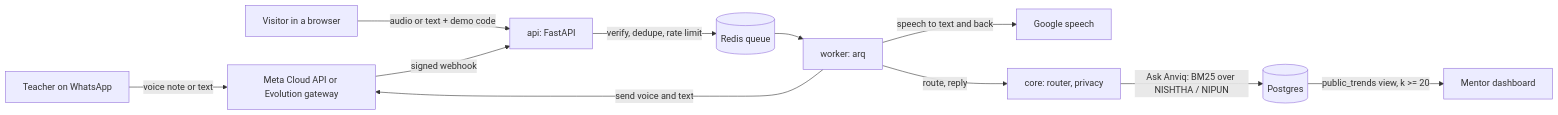
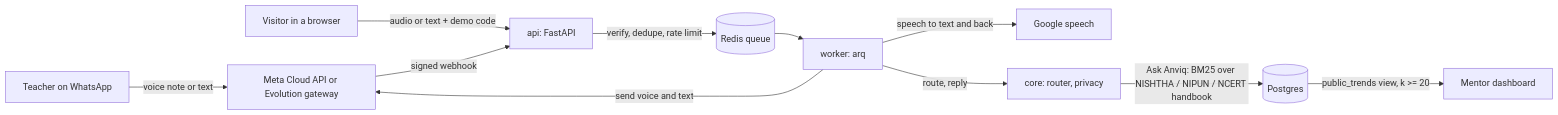
One commit to DisturbedSage5840C/Anviq changed the diagram in README.md. Above: the diagram before and after it, drawn with Mermaid. The commit also changed other lines of this file and 17 other files, not shown here.

First line of the commit message:
fix: raise Ask Anviq citation accuracy and remove false refusals

````diff
--- a/README.md
+++ b/README.md
@@ -42,13 +42,13 @@
 ```mermaid
 flowchart LR
     T[Teacher on WhatsApp] -->|voice note or text| M[Meta Cloud API or Evolution gateway]
     V[Visitor in a browser] -->|audio or text + demo code| API
     M -->|signed webhook| API[api: FastAPI]
     API -->|verify, dedupe, rate limit| Q[(Redis queue)]
     Q --> W[worker: arq]
     W -->|speech to text and back| S[Google speech]
     W -->|route, reply| C[core: router, privacy]
     W -->|send voice and text| M
-    C -->|Ask Anviq: BM25 over NISHTHA / NIPUN| DB[(Postgres)]
+    C -->|Ask Anviq: BM25 over NISHTHA / NIPUN / NCERT handbook| DB[(Postgres)]
     DB -->|public_trends view, k >= 20| D[Mentor dashboard]
 ```
````
